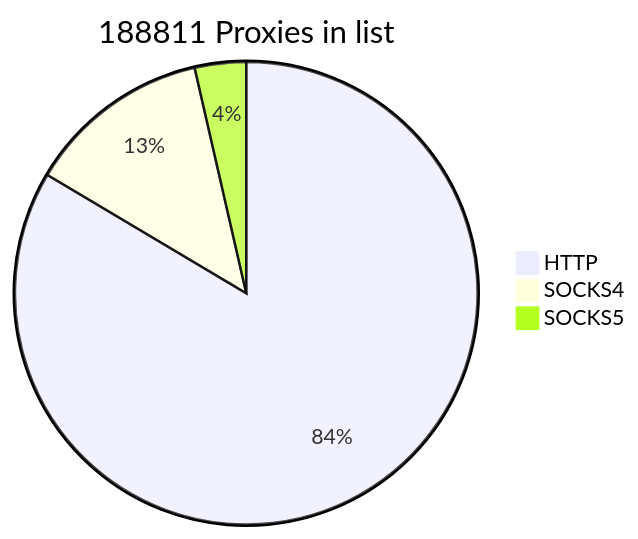
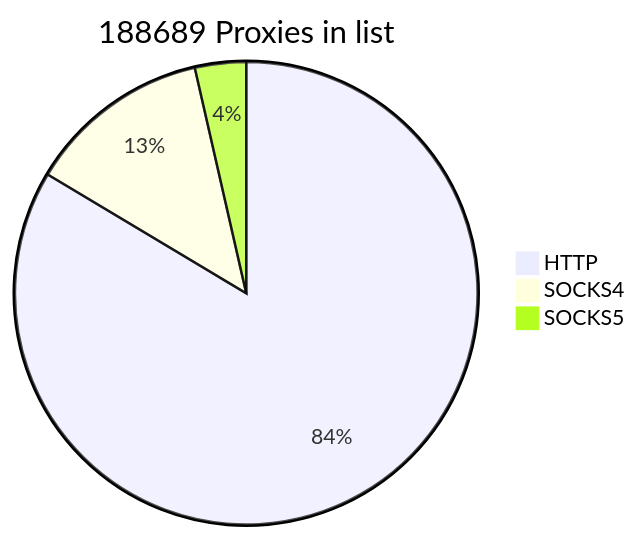
The first of 2 diagrams in README.md (cutipu/proxylist), drawn with Mermaid before and after one commit. The commit also changed other lines of this file, not shown here.

````diff
--- a/README.md
+++ b/README.md
@@ -2,7 +2,7 @@
 ```mermaid
-pie title 188811 Proxies in list
-    "HTTP" : 157743
-    "SOCKS4" : 24302
-    "SOCKS5" : 6766
+pie title 188689 Proxies in list
+    "HTTP" : 157706
+    "SOCKS4" : 24242
+    "SOCKS5" : 6741
             
 ```
````
